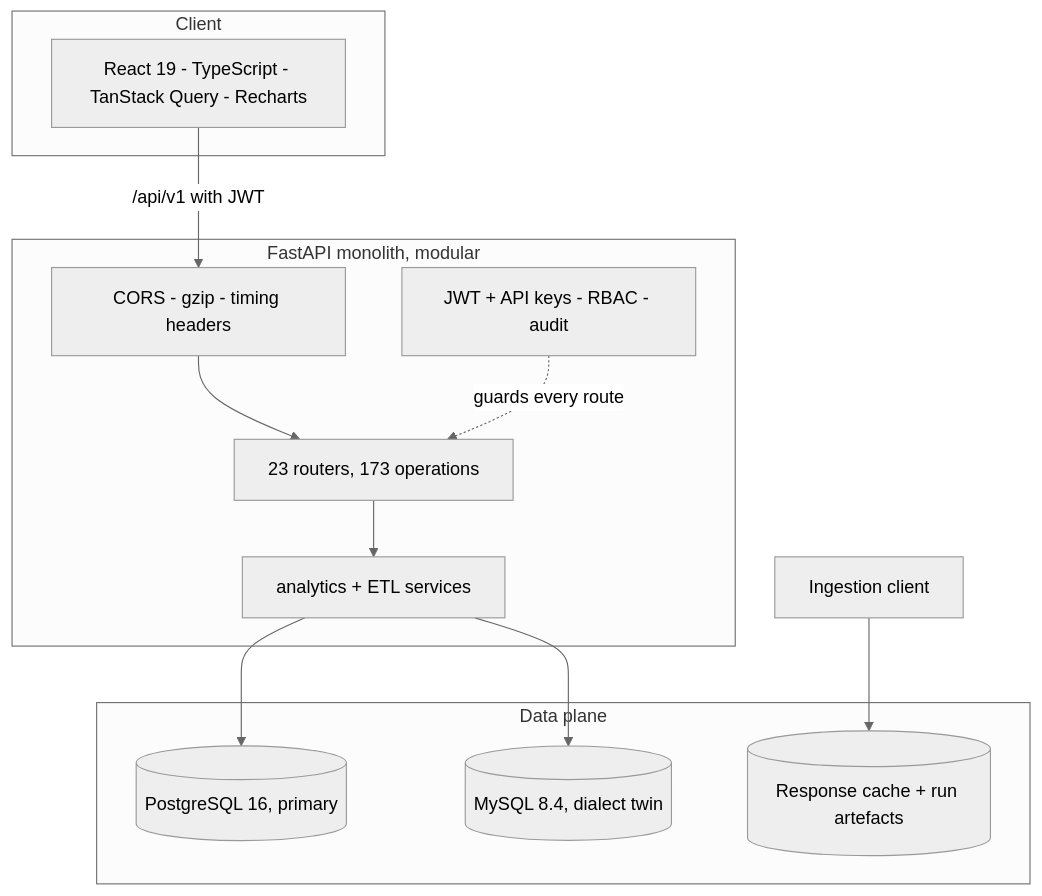
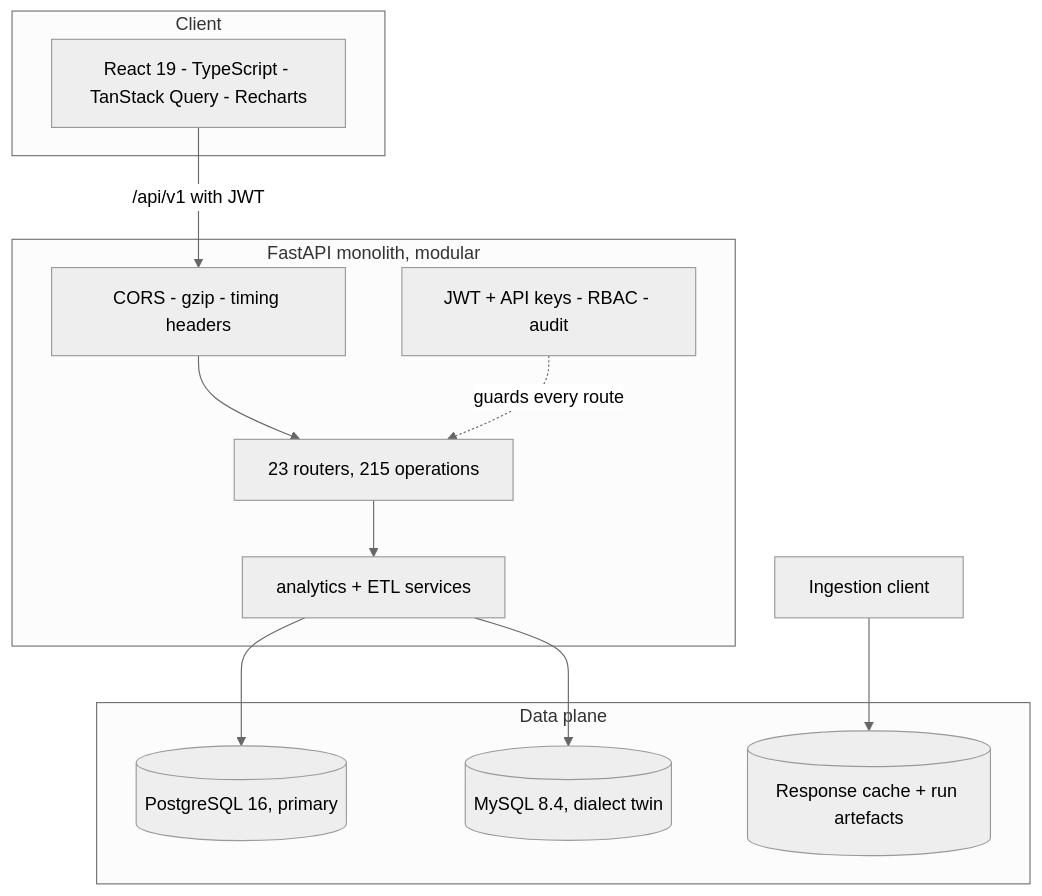
One commit to Ahmedbakr78/Web-to-Warehouse-Product-Intelligence-Pipeline changed the third of 15 diagrams in README.md. Above: the diagram before and after it, drawn with Mermaid (neutral theme). The commit also changed other lines of this file, not shown here.

````diff
--- a/README.md
+++ b/README.md
@@ -354,22 +354,22 @@
 ```mermaid
 flowchart TB
     subgraph Browser["Client"]
         RE["React 19 - TypeScript - TanStack Query - Recharts"]
     end
     subgraph Server["FastAPI monolith, modular"]
         MW["CORS - gzip - timing headers"]
-        RT["23 routers, 173 operations"]
+        RT["23 routers, 215 operations"]
         SV["analytics + ETL services"]
         SEC["JWT + API keys - RBAC - audit"]
         MW --> RT --> SV
         SEC -.guards every route.-> RT
     end
     subgraph Data["Data plane"]
         PG[("PostgreSQL 16, primary")]
         MY[("MySQL 8.4, dialect twin")]
         FS[("Response cache + run artefacts")]
     end
     RE -->|"/api/v1 with JWT"| MW
     SV --> PG & MY
     HC2["Ingestion client"] --> FS
 ```
````
